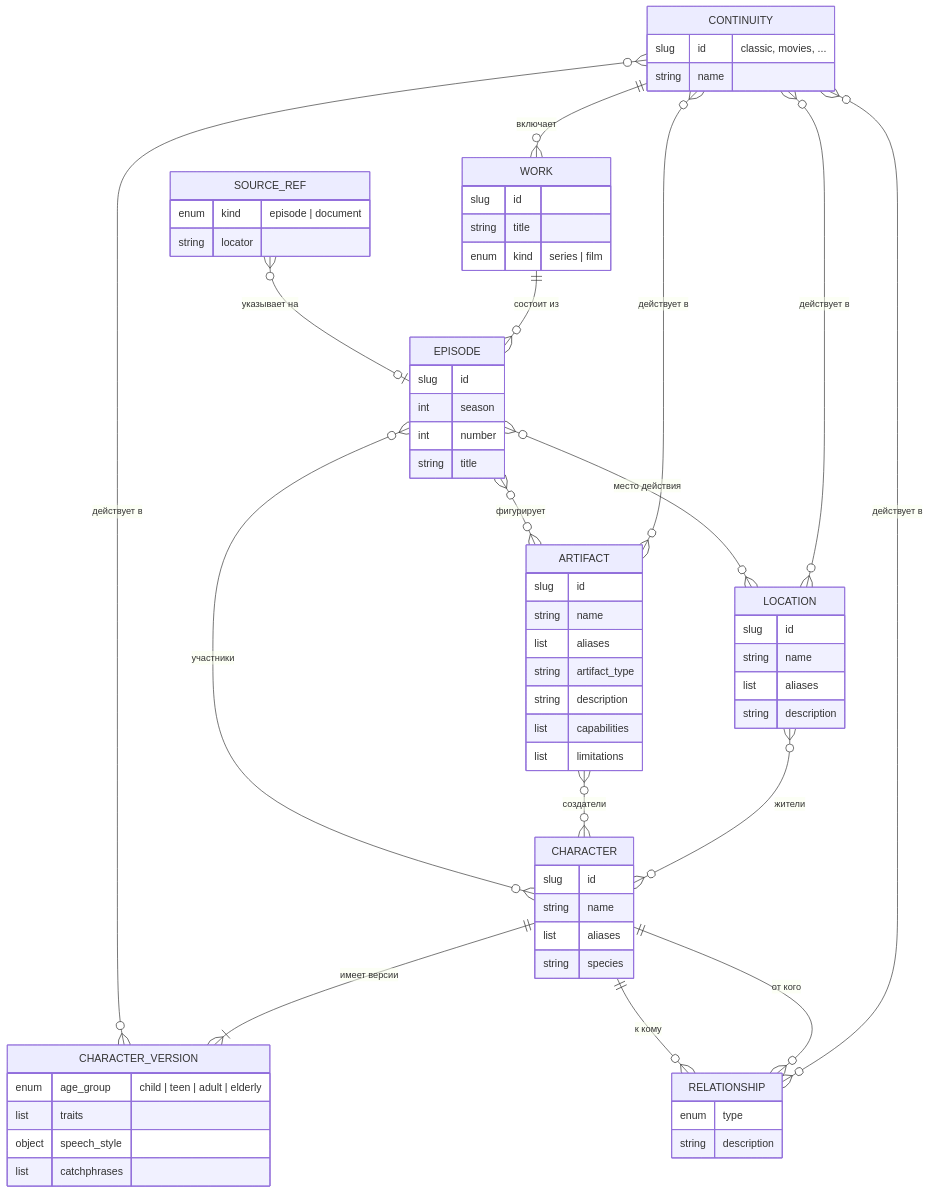
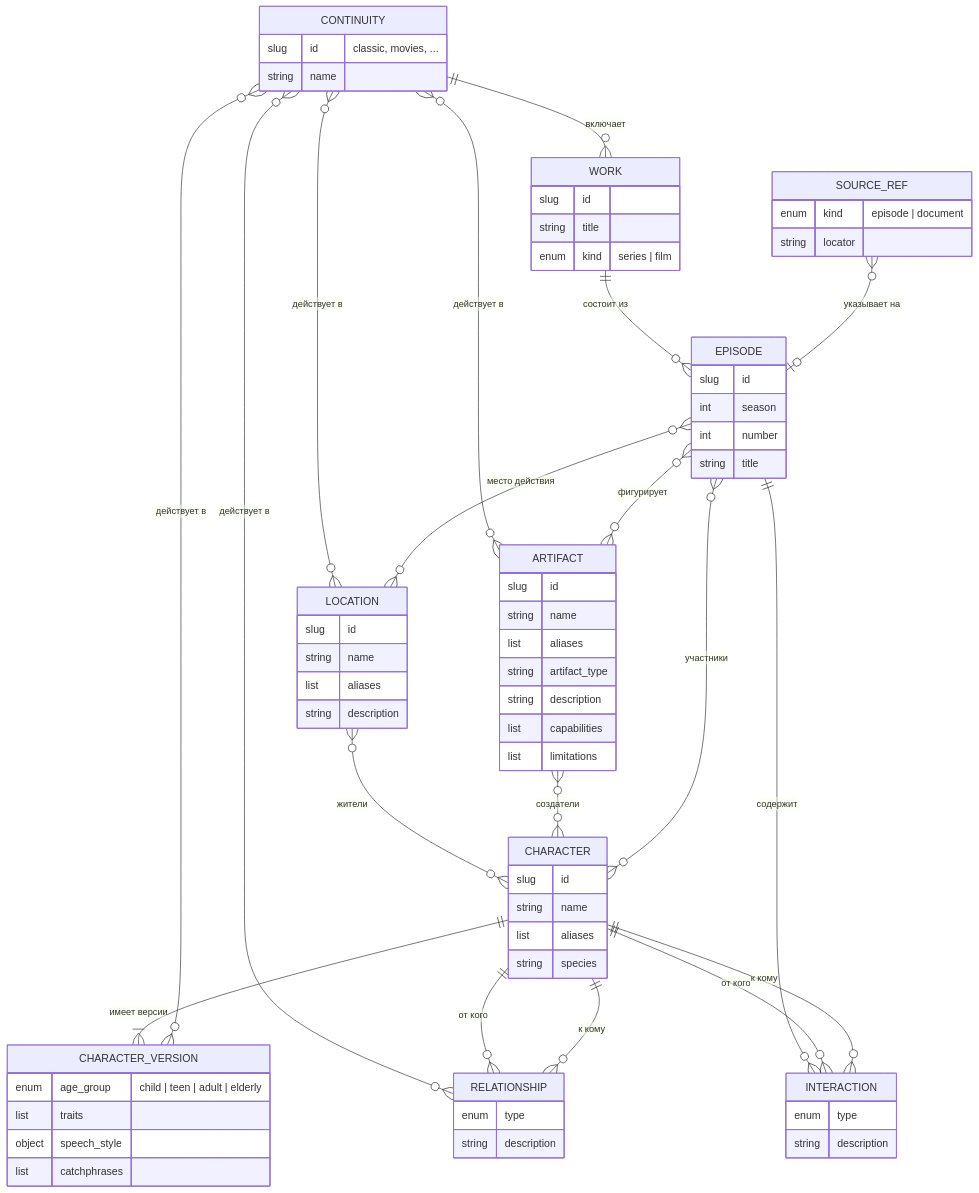
The diagram in docs/knowledge.md (Nisakoo/BMSTU-NIRS), drawn with Mermaid before and after one commit. The commit also changed other lines of this file and 22 other files, not shown here.

````diff
--- a/docs/knowledge.md
+++ b/docs/knowledge.md
@@ -11,69 +12,76 @@
 ```mermaid
 erDiagram
     CONTINUITY ||--o{ WORK : "включает"
     WORK ||--o{ EPISODE : "состоит из"
     CHARACTER ||--|{ CHARACTER_VERSION : "имеет версии"
     CONTINUITY }o--o{ CHARACTER_VERSION : "действует в"
     CONTINUITY }o--o{ LOCATION : "действует в"
     CONTINUITY }o--o{ ARTIFACT : "действует в"
     CONTINUITY }o--o{ RELATIONSHIP : "действует в"
     CHARACTER ||--o{ RELATIONSHIP : "от кого"
     CHARACTER ||--o{ RELATIONSHIP : "к кому"
     LOCATION }o--o{ CHARACTER : "жители"
     ARTIFACT }o--o{ CHARACTER : "создатели"
     EPISODE }o--o{ CHARACTER : "участники"
     EPISODE }o--o{ LOCATION : "место действия"
     EPISODE }o--o{ ARTIFACT : "фигурирует"
+    EPISODE ||--o{ INTERACTION : "содержит"
+    CHARACTER ||--o{ INTERACTION : "от кого"
+    CHARACTER ||--o{ INTERACTION : "к кому"
     SOURCE_REF }o--o| EPISODE : "указывает на"
 
     CONTINUITY {
         slug id "classic, movies, ..."
         string name
     }
     WORK {
         slug id
         string title
         enum kind "series | film"
     }
     EPISODE {
         slug id
         int season
         int number
         string title
     }
     CHARACTER {
         slug id
         string name
         list aliases
         string species
     }
     CHARACTER_VERSION {
         enum age_group "child | teen | adult | elderly"
         list traits
         object speech_style
         list catchphrases
     }
     RELATIONSHIP {
         enum type
         string description
     }
+    INTERACTION {
+        enum type
+        string description
+    }
     LOCATION {
         slug id
         string name
         list aliases
         string description
     }
     ARTIFACT {
         slug id
         string name
         list aliases
         string artifact_type
         string description
         list capabilities
         list limitations
     }
     SOURCE_REF {
         enum kind "episode | document"
         string locator
     }
 ```
````
